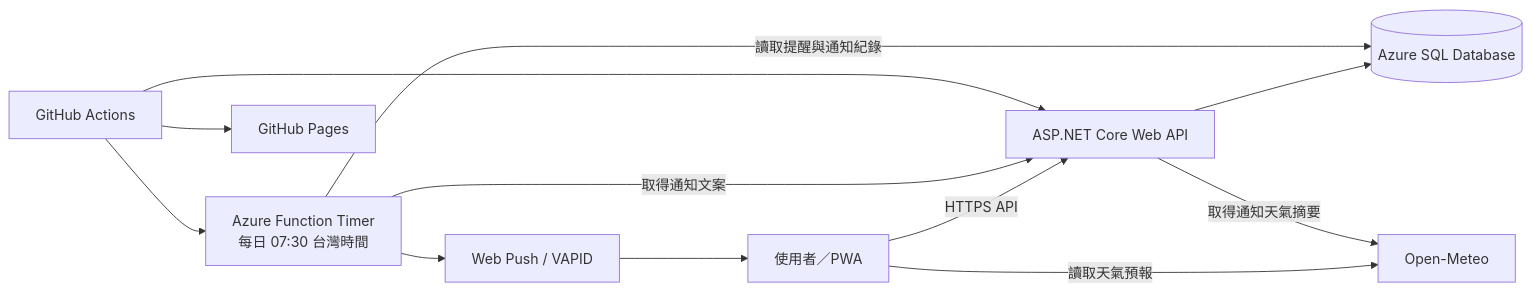
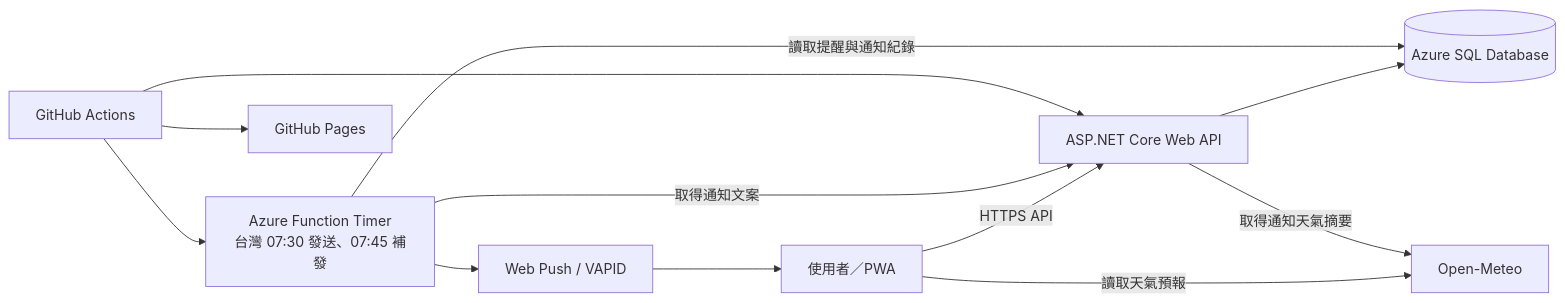
The diagram in README.md (Jhen-H/WEATHER-OUTFIT), drawn with Mermaid before and after one commit. The commit also changed other lines of this file and 125 other files, not shown here.

````diff
--- a/README.md
+++ b/README.md
@@ -22,14 +25,14 @@
 ```mermaid
 flowchart LR
   U[使用者／PWA] -->|讀取天氣預報| W[Open-Meteo]
   U -->|HTTPS API| A[ASP.NET Core Web API]
   A --> S[(Azure SQL Database)]
   A -->|取得通知天氣摘要| W
-  F[Azure Function Timer<br/>每日 07:30 台灣時間] -->|讀取提醒與通知紀錄| S
+  F[Azure Function Timer<br/>台灣 07:30 發送、07:45 補發] -->|讀取提醒與通知紀錄| S
   F -->|取得通知文案| A
   F --> P[Web Push / VAPID]
   P --> U
   G[GitHub Actions] --> GH[GitHub Pages]
   G --> A
   G --> F
 ```
````
